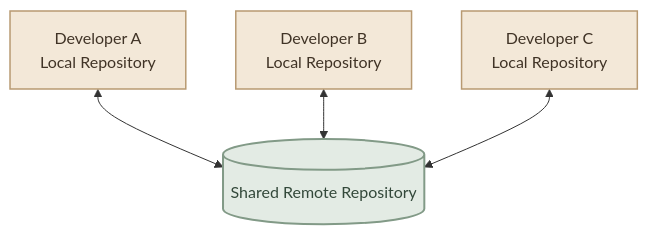
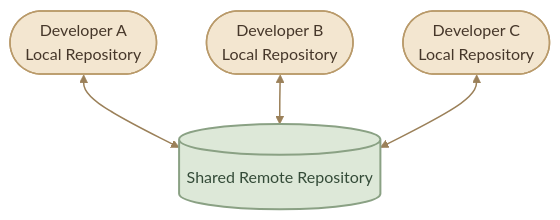
Before and after one commit to mustafammasoud/ops-handbook: the fourth of 6 diagrams in content/version-control/Git and GitHub/version-control-fundamentals.mdx, drawn with Mermaid. The commit also changed other lines of this file and 17 other files, not shown here.

````diff
--- a/content/version-control/Git and GitHub/version-control-fundamentals.mdx
+++ b/content/version-control/Git and GitHub/version-control-fundamentals.mdx
@@ -143,18 +155,20 @@
 ```mermaid
 flowchart TB
     R[("Shared Remote Repository")]
 
-    A["Developer A<br/>Local Repository"]
-    B["Developer B<br/>Local Repository"]
-    C["Developer C<br/>Local Repository"]
+    A(["Developer A<br/>Local Repository"])
+    B(["Developer B<br/>Local Repository"])
+    C(["Developer C<br/>Local Repository"])
 
     A <--> R
     B <--> R
     C <--> R
 
-    classDef remote fill:#E3EBE4,stroke:#829A87,color:#33483A,stroke-width:2px
-    classDef local fill:#F3E8D8,stroke:#B89A72,color:#403326,stroke-width:1.5px
+    classDef remote fill:#DDE8D8,stroke:#8AA184,color:#344B38,stroke-width:2px
+    classDef local fill:#F3E6D0,stroke:#B99A6A,color:#46372A,stroke-width:1.5px
 
     class R remote
     class A,B,C local
+
+    linkStyle default stroke:#9B8059,stroke-width:1.5px
 ```
````
